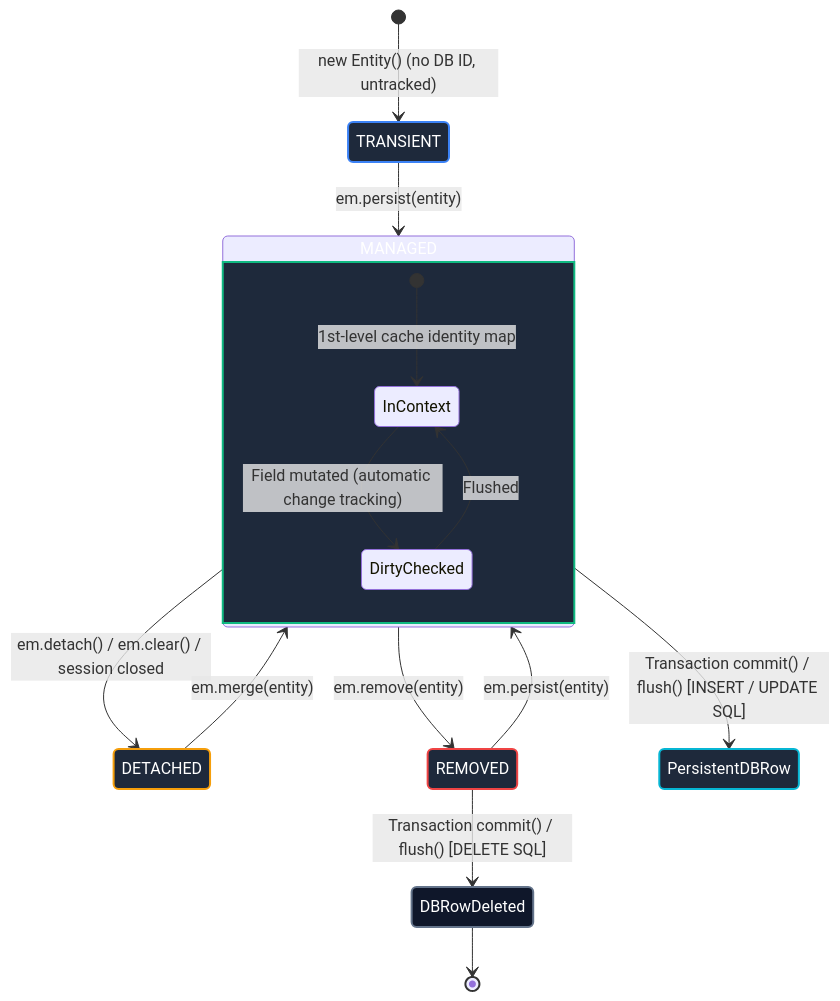
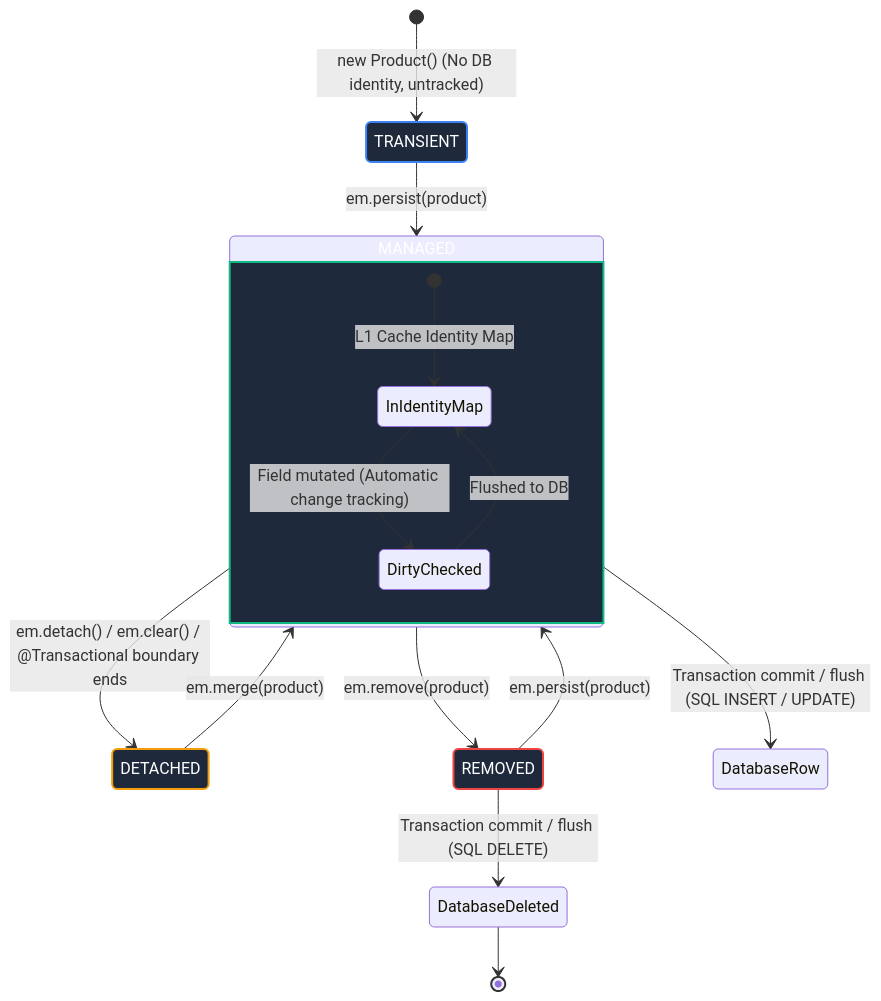
Before and after one commit to joydeep-biswas/Interview-Preparation: the fourth of 12 diagrams in Java Backend Engineering/10_spring_data_jdbc_jpa_hibernate_transactions.md, drawn with Mermaid. The commit also changed other lines of this file and 143 other files, not shown here.

````diff
--- a/Java Backend Engineering/10_spring_data_jdbc_jpa_hibernate_transactions.md
+++ b/Java Backend Engineering/10_spring_data_jdbc_jpa_hibernate_transactions.md
@@ -162,37 +336,32 @@
 ```mermaid
 stateDiagram-v2
     classDef transient fill:#1e293b,stroke:#3b82f6,stroke-width:2px,color:#ffffff
     classDef managed fill:#1e293b,stroke:#10b981,stroke-width:2px,color:#ffffff
     classDef detached fill:#1e293b,stroke:#f59e0b,stroke-width:2px,color:#ffffff
     classDef removed fill:#1e293b,stroke:#ef4444,stroke-width:2px,color:#ffffff
-    classDef persisted fill:#1e293b,stroke:#06b6d4,stroke-width:2px,color:#ffffff
-    classDef deleted fill:#0f172a,stroke:#64748b,stroke-width:2px,color:#ffffff
 
-    [*] --> TRANSIENT: new Entity() (no DB ID, untracked)
-    
-    TRANSIENT --> MANAGED: em.persist(entity)
+    [*] --> TRANSIENT: new Product() (No DB identity, untracked)
+
+    TRANSIENT --> MANAGED: em.persist(product)
     
     state MANAGED {
-        [*] --> InContext: 1st-level cache identity map
-        InContext --> DirtyChecked: Field mutated (automatic change tracking)
-        DirtyChecked --> InContext: Flushed
+        [*] --> InIdentityMap: L1 Cache Identity Map
+        InIdentityMap --> DirtyChecked: Field mutated (Automatic change tracking)
+        DirtyChecked --> InIdentityMap: Flushed to DB
     }
 
-    MANAGED --> DETACHED: em.detach() / em.clear() / session closed
-    DETACHED --> MANAGED: em.merge(entity)
-    
-    MANAGED --> REMOVED: em.remove(entity)
-    REMOVED --> MANAGED: em.persist(entity)
+    MANAGED --> DETACHED: em.detach() / em.clear() / @Transactional boundary ends
+    DETACHED --> MANAGED: em.merge(product)
 
-    MANAGED --> PersistentDBRow: Transaction commit() / flush() [INSERT / UPDATE SQL]
-    REMOVED --> DBRowDeleted: Transaction commit() / flush() [DELETE SQL]
-    
-    DBRowDeleted --> [*]
+    MANAGED --> REMOVED: em.remove(product)
+    REMOVED --> MANAGED: em.persist(product)
+
+    MANAGED --> DatabaseRow: Transaction commit / flush (SQL INSERT / UPDATE)
+    REMOVED --> DatabaseDeleted: Transaction commit / flush (SQL DELETE)
+    DatabaseDeleted --> [*]
 
     class TRANSIENT transient
     class MANAGED managed
     class DETACHED detached
     class REMOVED removed
-    class PersistentDBRow persisted
-    class DBRowDeleted deleted
 ```
````
